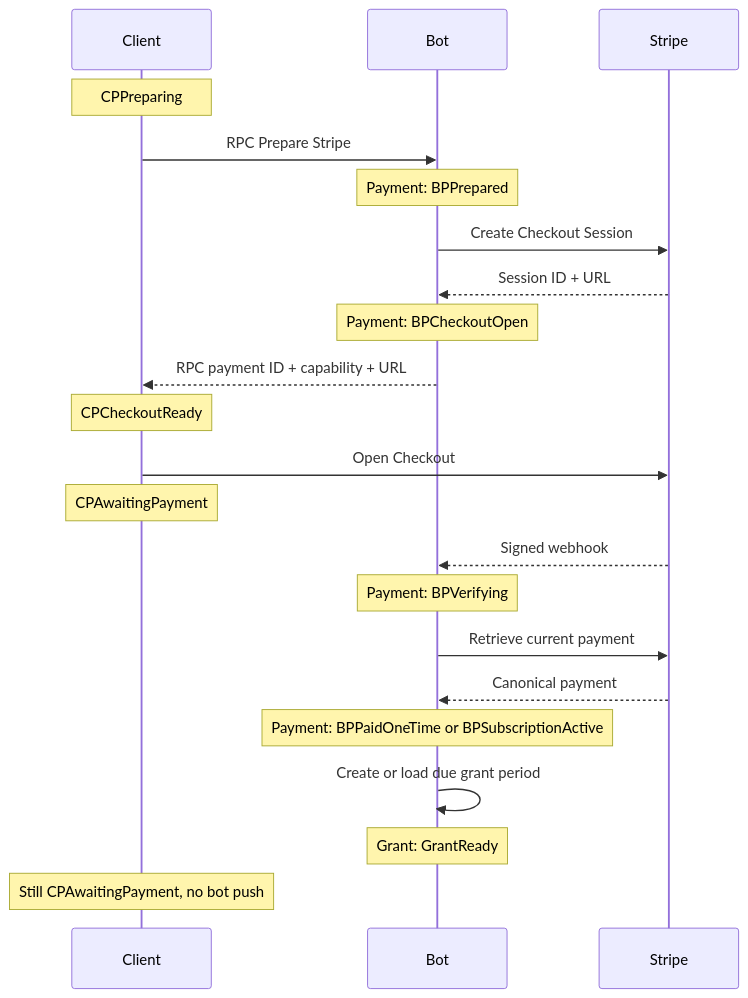
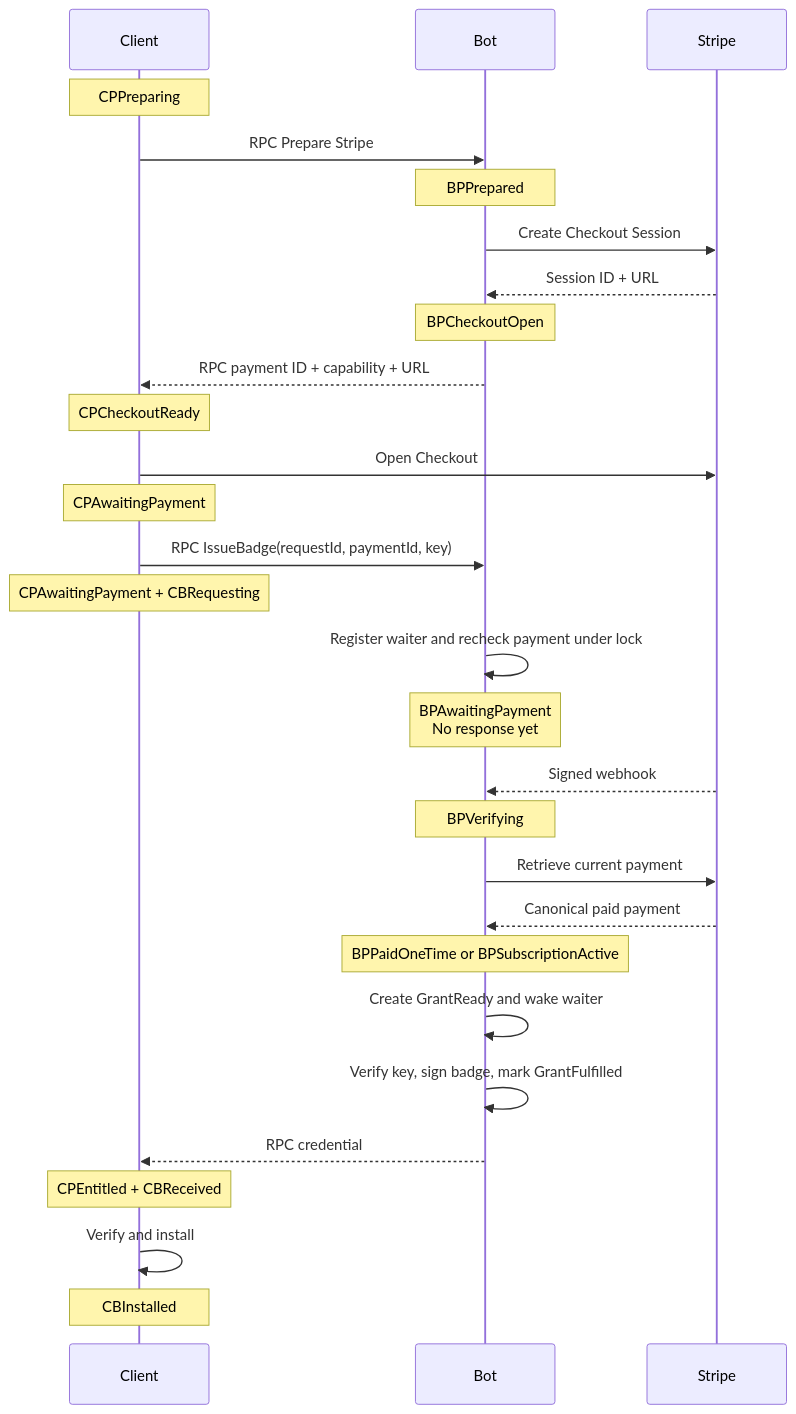
Before and after one commit to simplex-chat/simplex-chat: the fifth of 6 diagrams in plans/2026-07-20-supporter-badges-v2-implementation.md, drawn with Mermaid. The commit also changed other lines of this file and 1 other file, not shown here.

Commit message:
docs: make Stripe badge issuance event-driven

````diff
--- a/plans/2026-07-20-supporter-badges-v2-implementation.md
+++ b/plans/2026-07-20-supporter-badges-v2-implementation.md
@@ -294,24 +294,31 @@
 ```mermaid
 sequenceDiagram
   participant C as Client
   participant B as Bot
   participant S as Stripe
   Note over C: CPPreparing
   C->>B: RPC Prepare Stripe
-  Note over B: Payment: BPPrepared
+  Note over B: BPPrepared
   B->>S: Create Checkout Session
   S-->>B: Session ID + URL
-  Note over B: Payment: BPCheckoutOpen
+  Note over B: BPCheckoutOpen
   B-->>C: RPC payment ID + capability + URL
   Note over C: CPCheckoutReady
   C->>S: Open Checkout
   Note over C: CPAwaitingPayment
+  C->>B: RPC IssueBadge(requestId, paymentId, key)
+  Note over C: CPAwaitingPayment + CBRequesting
+  B->>B: Register waiter and recheck payment under lock
+  Note over B: BPAwaitingPayment<br/>No response yet
   S-->>B: Signed webhook
-  Note over B: Payment: BPVerifying
+  Note over B: BPVerifying
   B->>S: Retrieve current payment
-  S-->>B: Canonical payment
-  Note over B: Payment: BPPaidOneTime or BPSubscriptionActive
-  B->>B: Create or load due grant period
-  Note over B: Grant: GrantReady
-  Note over C: Still CPAwaitingPayment, no bot push
+  S-->>B: Canonical paid payment
+  Note over B: BPPaidOneTime or BPSubscriptionActive
+  B->>B: Create GrantReady and wake waiter
+  B->>B: Verify key, sign badge, mark GrantFulfilled
+  B-->>C: RPC credential
+  Note over C: CPEntitled + CBReceived
+  C->>C: Verify and install
+  Note over C: CBInstalled
 ```
````
